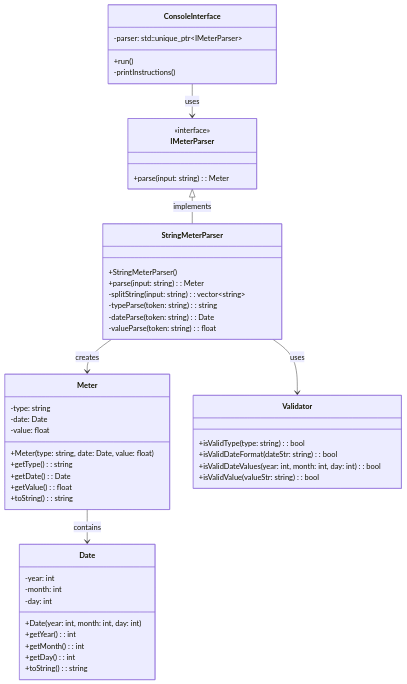
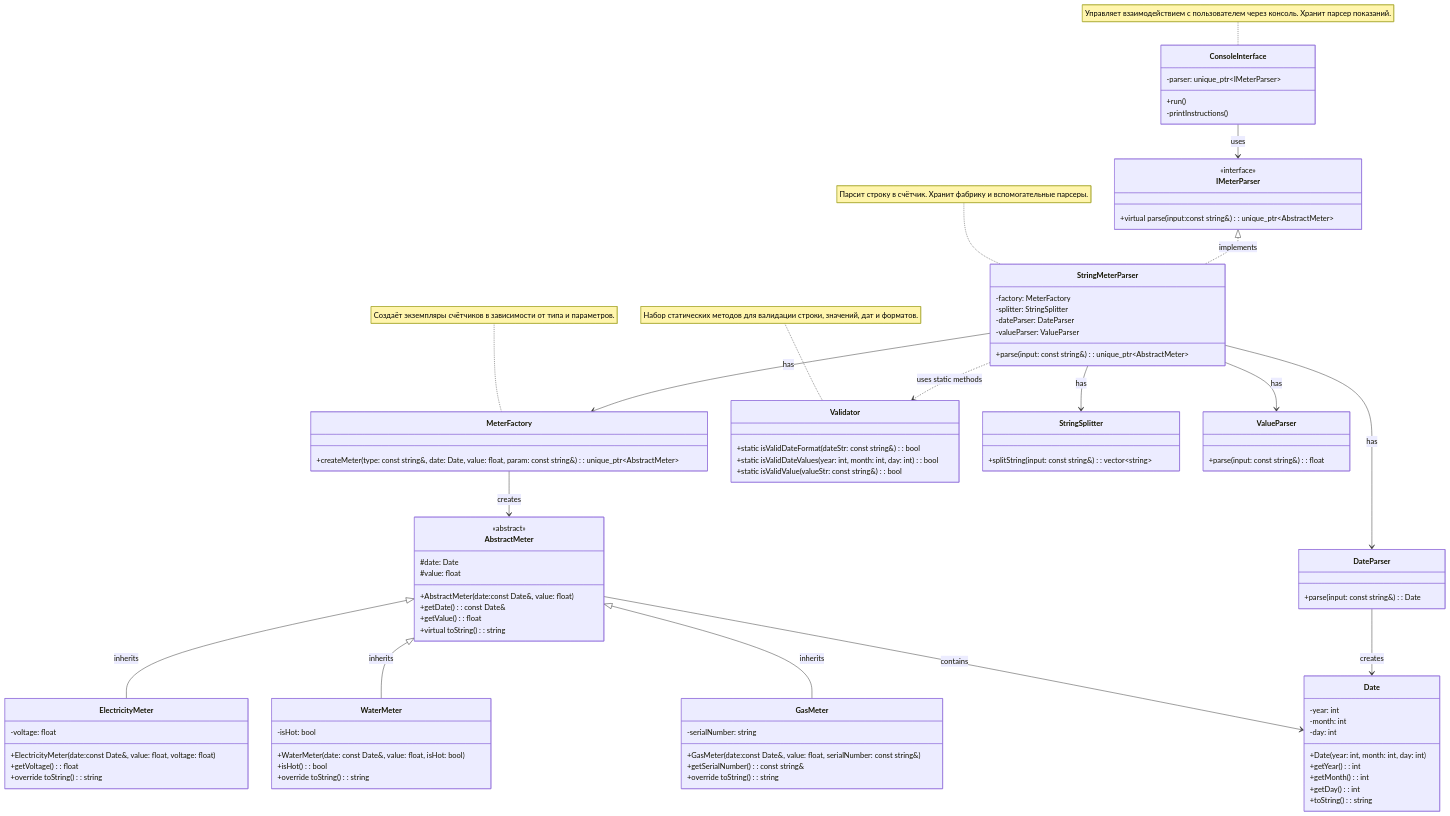
One commit to SoffTiAmS2/MetersData changed the diagram in README.md. Above: the diagram before and after it, drawn with Mermaid. The commit also changed 30 other files, not shown here.

````diff
--- a/README.md
+++ b/README.md
@@ -4,20 +4,42 @@
 ```mermaid
 classDiagram
+
+    %% ==== Классы ====
     class ConsoleInterface {
         +run()
         -printInstructions()
-        -parser: std::unique_ptr~IMeterParser~
+        -parser: unique_ptr~IMeterParser~
     }
 
-    class Meter {
-        +Meter(type: string, date: Date, value: float)
-        +getType(): string
-        +getDate(): Date
+    class AbstractMeter {
+        <<abstract>>
+        +AbstractMeter(date:const Date&, value: float)
+        +getDate(): const Date&
         +getValue(): float
-        +toString(): string
-        -type: string
-        -date: Date
-        -value: float
+        +virtual toString(): string
+        #date: Date
+        #value: float
+    }
+
+    class ElectricityMeter {
+        +ElectricityMeter(date:const Date&, value: float, voltage: float)
+        +getVoltage(): float
+        +override toString(): string
+        -voltage: float
+    }
+
+    class WaterMeter {
+        +WaterMeter(date: const Date&, value: float, isHot: bool)
+        +isHot(): bool
+        +override toString(): string
+        -isHot: bool
+    }
+
+    class GasMeter {
+        +GasMeter(date:const Date&, value: float, serialNumber: const string&)
+        +getSerialNumber(): const string& 
+        +override toString(): string
+        -serialNumber: string
     }
 
     class Date {
@@ -33,28 +55,58 @@
 
     class IMeterParser {
         <<interface>>
-        +parse(input: string): Meter
+        +virtual parse(input:const string&): unique_ptr~AbstractMeter~
     }
 
     class StringMeterParser {
-        +StringMeterParser()
-        +parse(input: string): Meter
-        -splitString(input: string): vector~string~
-        -typeParse(token: string): string
-        -dateParse(token: string): Date
-        -valueParse(token: string): float
+        +parse(input: const string&): unique_ptr~AbstractMeter~
+        -factory: MeterFactory
+        -splitter: StringSplitter
+        -dateParser: DateParser
+        -valueParser: ValueParser
+    }
+
+    class MeterFactory {
+        +createMeter(type: const string&, date: Date, value: float, param: const string&): unique_ptr~AbstractMeter~
     }
 
     class Validator {
-        +isValidType(type: string): bool
-        +isValidDateFormat(dateStr: string): bool
-        +isValidDateValues(year: int, month: int, day: int): bool
-        +isValidValue(valueStr: string): bool
+        +static isValidDateFormat(dateStr: const string&): bool
+        +static isValidDateValues(year: int, month: int, day: int): bool
+        +static isValidValue(valueStr: const string&): bool
     }
 
+    class StringSplitter {
+        +splitString(input: const string&): vector~string~
+    }
+
+    class DateParser {
+        +parse(input: const string&): Date
+    }
+
+    class ValueParser {
+        +parse(input: const string&): float
+    }
+
+    %% ==== Связи ====
     ConsoleInterface --> IMeterParser : uses
-    IMeterParser <|-- StringMeterParser : implements
-    StringMeterParser --> Meter : creates
-    StringMeterParser --> Validator : uses
-    Meter --> Date : contains
+    StringMeterParser --> MeterFactory : has
+    IMeterParser <|.. StringMeterParser : implements
+    StringMeterParser ..> Validator : uses static methods
+    StringMeterParser --> StringSplitter : has
+    StringMeterParser --> DateParser : has
+    StringMeterParser --> ValueParser : has
+    MeterFactory --> AbstractMeter : creates
+    AbstractMeter <|-- ElectricityMeter : inherits
+    AbstractMeter <|-- WaterMeter : inherits
+    AbstractMeter <|-- GasMeter : inherits
+    AbstractMeter --> Date : contains
+    DateParser --> Date : creates
+
+    %% ==== Комментарии ====
+    note for ConsoleInterface "Управляет взаимодействием с пользователем через консоль. Хранит парсер показаний."
+    note for StringMeterParser "Парсит строку в счётчик. Хранит фабрику и вспомогательные парсеры."
+    note for MeterFactory "Создаёт экземпляры счётчиков в зависимости от типа и параметров."
+    note for Validator "Набор статических методов для валидации строки, значений, дат и форматов."
+
 ```
````
